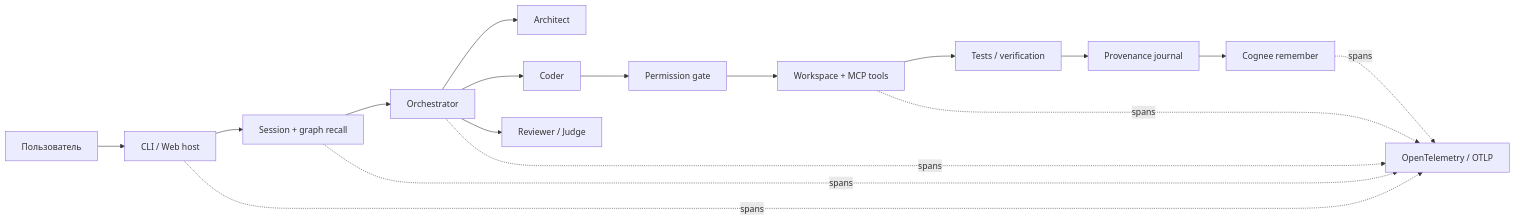
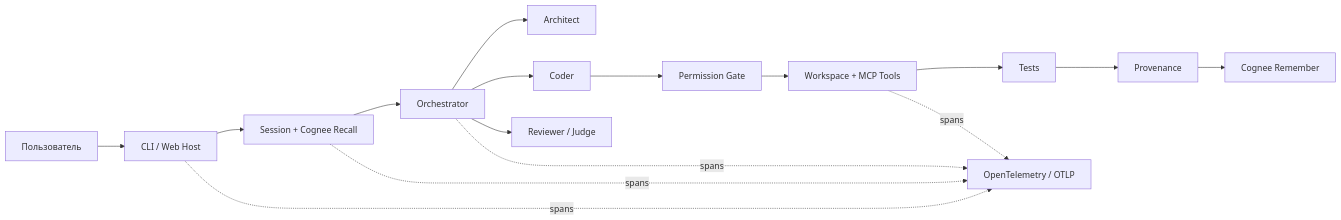
The diagram in README.md (theJorDea/JevioFuseHack), drawn with Mermaid before and after one commit. The commit also changed other lines of this file and 5 other files, not shown here.

````diff
--- a/README.md
+++ b/README.md
@@ -69,19 +63,18 @@
 ```mermaid
 flowchart LR
-    U[Пользователь] --> H[CLI / Web host]
-    H --> R[Session + graph recall]
-    R --> O[Orchestrator]
+    U[Пользователь] --> H[CLI / Web Host]
+    H --> M[Session + Cognee Recall]
+    M --> O[Orchestrator]
     O --> A[Architect]
     O --> C[Coder]
-    O --> V[Reviewer / Judge]
-    C --> G[Permission gate]
-    G --> T[Workspace + MCP tools]
-    T --> X[Tests / verification]
-    X --> P[Provenance journal]
-    P --> M[Cognee remember]
+    O --> R[Reviewer / Judge]
+    C --> G[Permission Gate]
+    G --> T[Workspace + MCP Tools]
+    T --> V[Tests]
+    V --> P[Provenance]
+    P --> M2[Cognee Remember]
     H -. spans .-> OT[OpenTelemetry / OTLP]
-    R -. spans .-> OT
+    M -. spans .-> OT
     O -. spans .-> OT
     T -. spans .-> OT
-    M -. spans .-> OT
 ```
````
